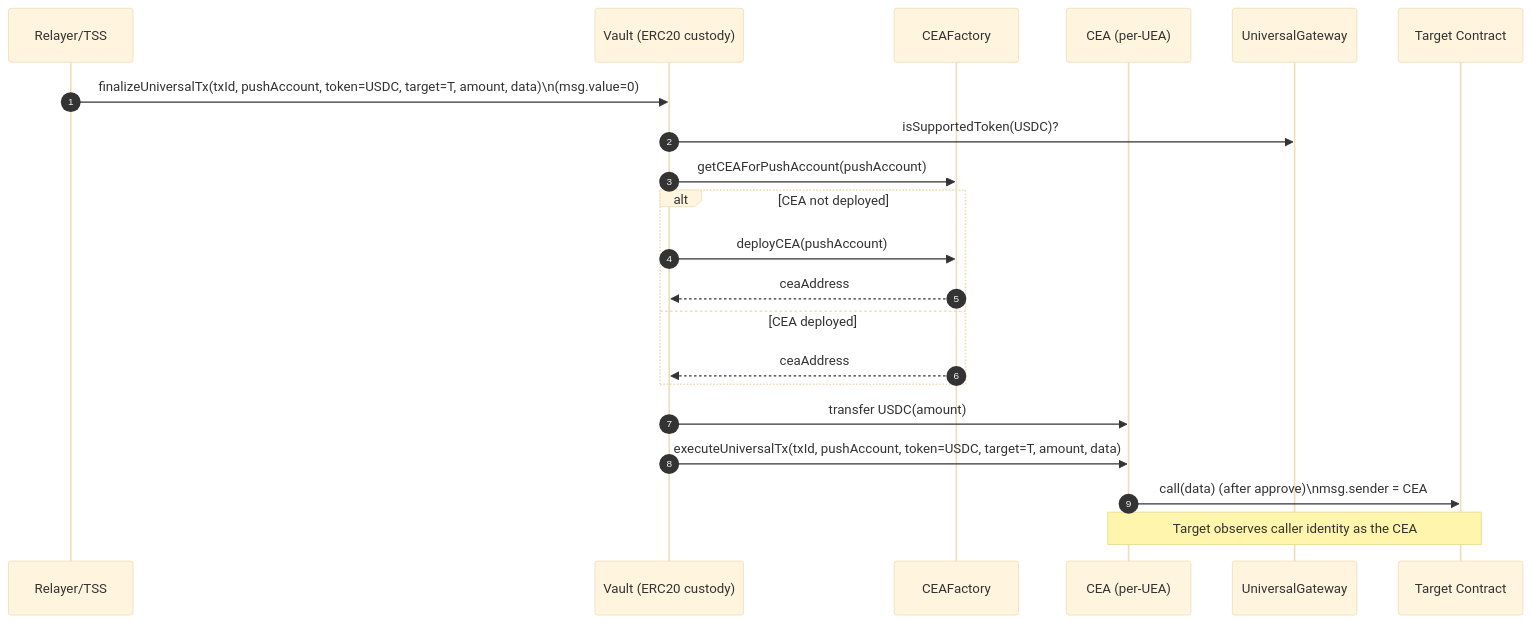
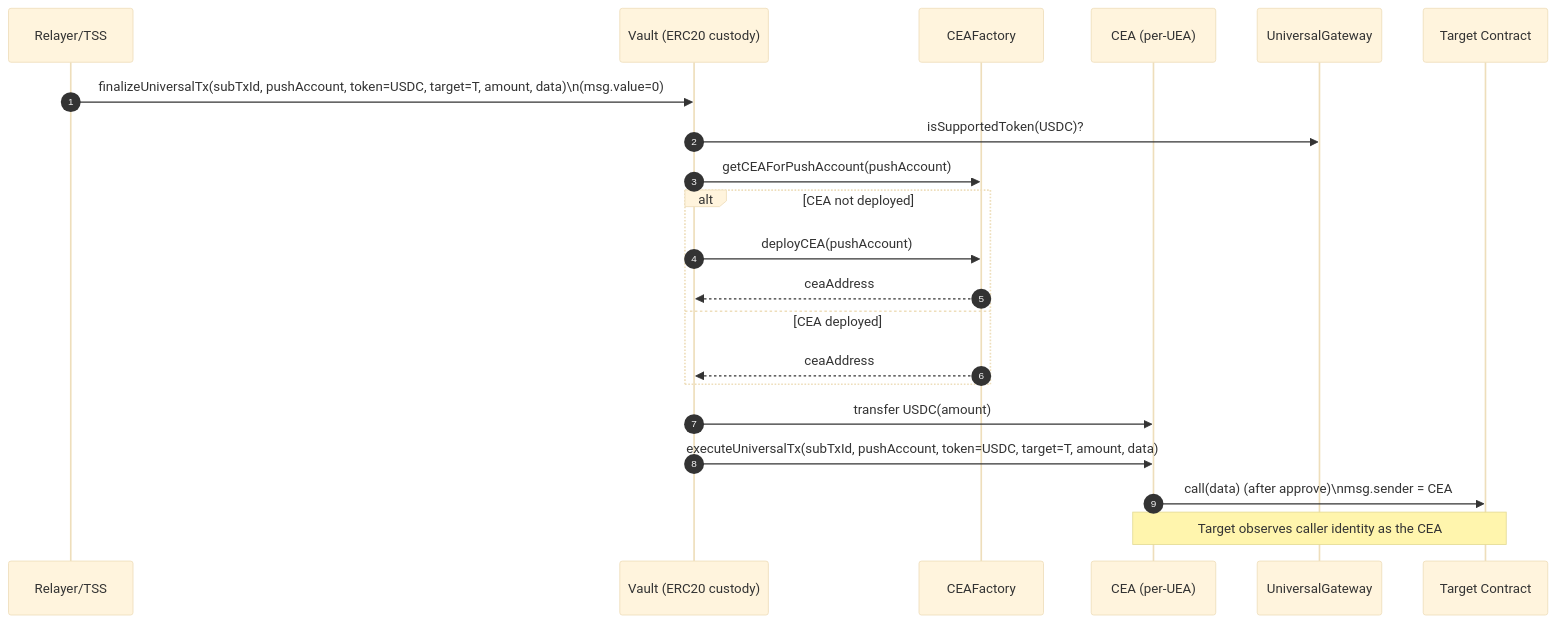
Before and after one commit to pushchain/push-chain-gateway-contracts: the second of 6 diagrams in contracts/evm-gateway/docs/4_OutboundTx_Flows.md, drawn with Mermaid (base theme). The commit also changed other lines of this file and 20 other files, not shown here.

````diff
--- a/contracts/evm-gateway/docs/4_OutboundTx_Flows.md
+++ b/contracts/evm-gateway/docs/4_OutboundTx_Flows.md
@@ -78,24 +78,24 @@
 ```mermaid
 sequenceDiagram
     autonumber
     participant TSS as Relayer/TSS
     participant V as Vault (ERC20 custody)
     participant F as CEAFactory
     participant C as CEA (per-UEA)
     participant G as UniversalGateway
     participant T as Target Contract
 
-    TSS->>V: finalizeUniversalTx(txId, pushAccount, token=USDC, target=T, amount, data)\n(msg.value=0)
+    TSS->>V: finalizeUniversalTx(subTxId, pushAccount, token=USDC, target=T, amount, data)\n(msg.value=0)
     V->>G: isSupportedToken(USDC)?
     V->>F: getCEAForPushAccount(pushAccount)
     alt CEA not deployed
         V->>F: deployCEA(pushAccount)
         F-->>V: ceaAddress
     else CEA deployed
         F-->>V: ceaAddress
     end
     V->>C: transfer USDC(amount)
-    V->>C: executeUniversalTx(txId, pushAccount, token=USDC, target=T, amount, data)
+    V->>C: executeUniversalTx(subTxId, pushAccount, token=USDC, target=T, amount, data)
     C->>T: call(data) (after approve)\nmsg.sender = CEA
     Note over T,C: Target observes caller identity as the CEA
 ```
````
